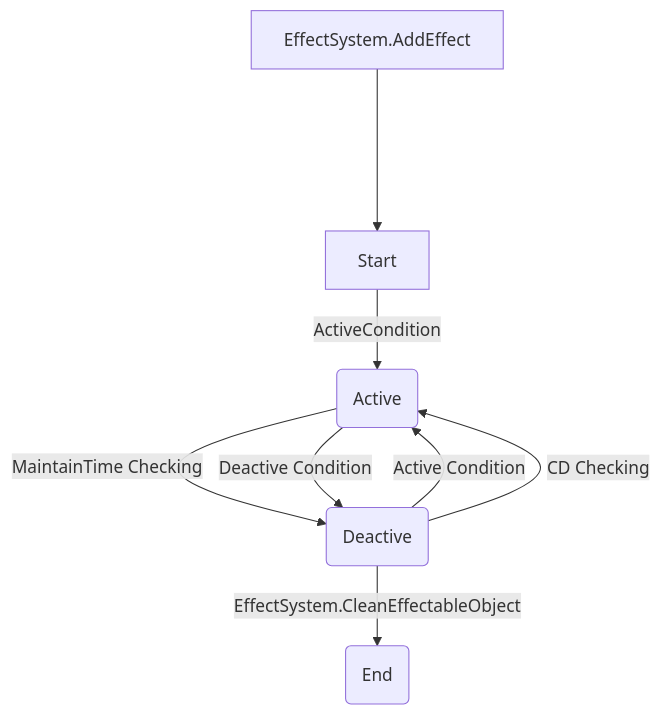
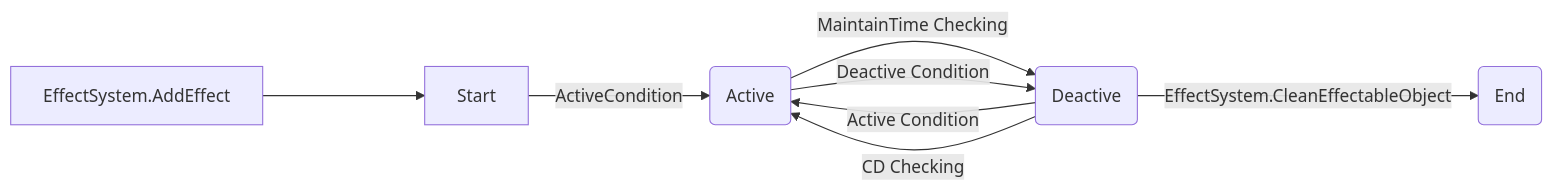
The diagram in .docfx_project/index.md (MacacaGames/EffectSystem), drawn with Mermaid before and after one commit. The commit also changed other lines of this file and 14 other files, not shown here.

````diff
--- a/.docfx_project/index.md
+++ b/.docfx_project/index.md
@@ -51,10 +50,10 @@
 ```mermaid
-graph TB
+graph LR
 EffectSystem.AddEffect[EffectSystem.AddEffect]---->Start[Start] 
 Start[Start] --ActiveCondition--> Active(Active)
 Active(Active)  --MaintainTime Checking--> Deactive(Deactive)
 Active(Active)  --Deactive Condition--> Deactive(Deactive)
 Deactive(Deactive) --Active Condition--> Active(Active) 
 Deactive(Deactive) --CD Checking--> Active(Active) 
 Deactive(Deactive) --EffectSystem.CleanEffectableObject--> End(End)
 ```
````
